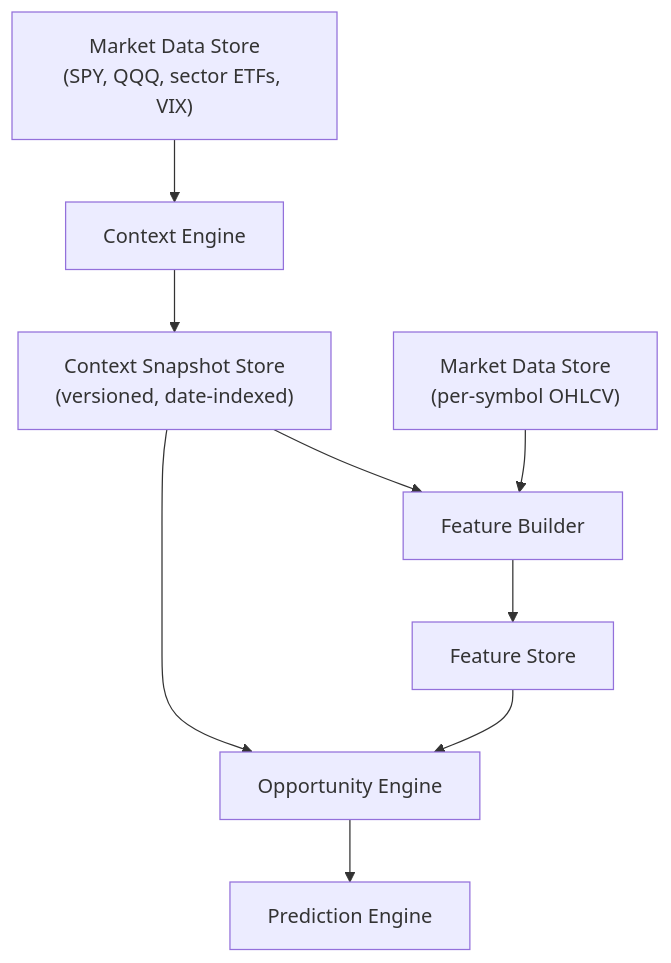
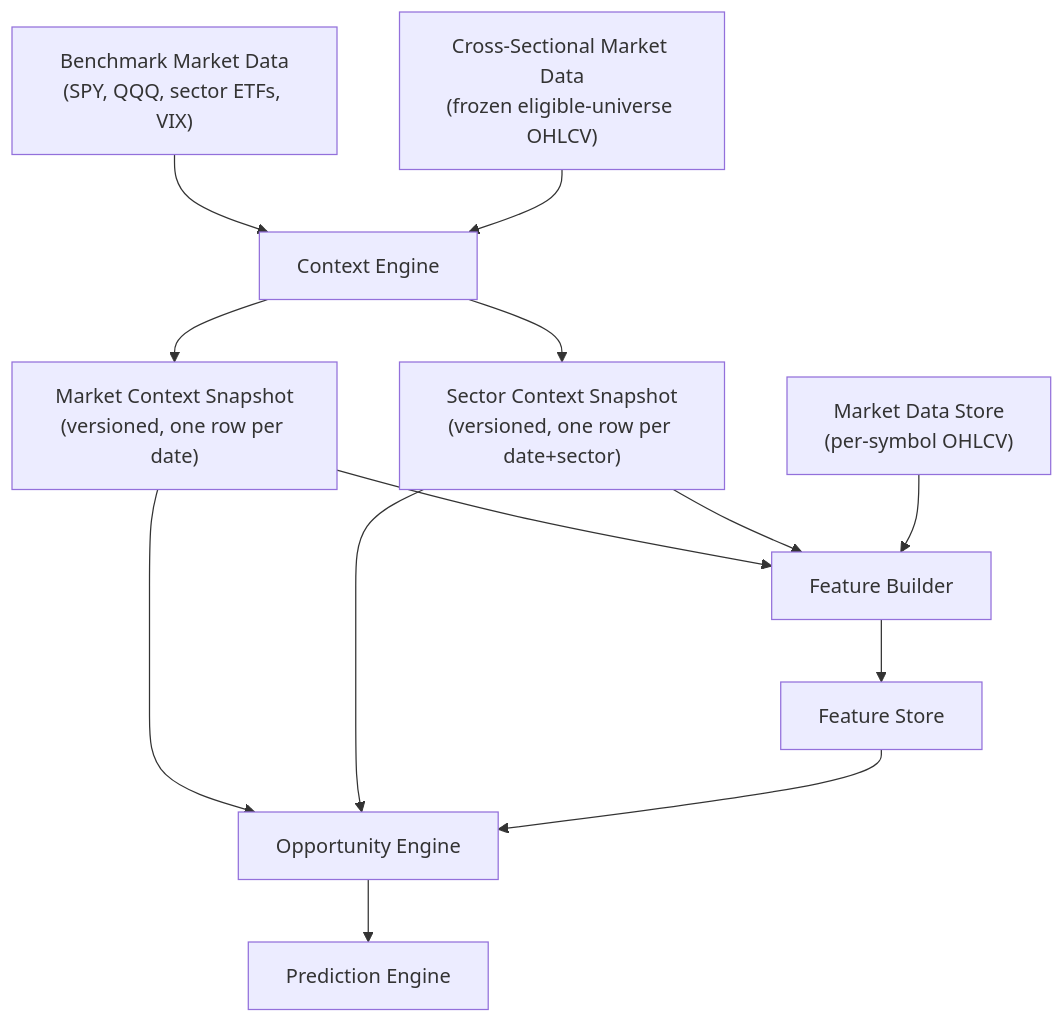
The diagram in docs/01_architecture/Context_Engine_Architecture_Proposal_v1.md (XerxesI/stock-analyzer), drawn with Mermaid before and after one commit. The commit also changed other lines of this file and 1 other file, not shown here.

````diff
--- a/docs/01_architecture/Context_Engine_Architecture_Proposal_v1.md
+++ b/docs/01_architecture/Context_Engine_Architecture_Proposal_v1.md
@@ -55,13 +55,17 @@
 ```mermaid
 flowchart TD
-    A["Market Data Store\n(SPY, QQQ, sector ETFs, VIX)"] --> CE["Context Engine"]
-    CE --> CS["Context Snapshot Store\n(versioned, date-indexed)"]
+    A["Benchmark Market Data\n(SPY, QQQ, sector ETFs, VIX)"] --> CE["Context Engine"]
+    X["Cross-Sectional Market Data\n(frozen eligible-universe OHLCV)"] --> CE
+    CE --> CS1["Market Context Snapshot\n(versioned, one row per date)"]
+    CE --> CS2["Sector Context Snapshot\n(versioned, one row per date+sector)"]
 
-    CS --> FB["Feature Builder"]
+    CS1 --> FB["Feature Builder"]
+    CS2 --> FB
     G2["Market Data Store\n(per-symbol OHLCV)"] --> FB
     FB --> FS["Feature Store"]
 
-    CS --> OE["Opportunity Engine"]
+    CS1 --> OE["Opportunity Engine"]
+    CS2 --> OE
     FS --> OE
     OE --> PE["Prediction Engine"]
 ```
````
